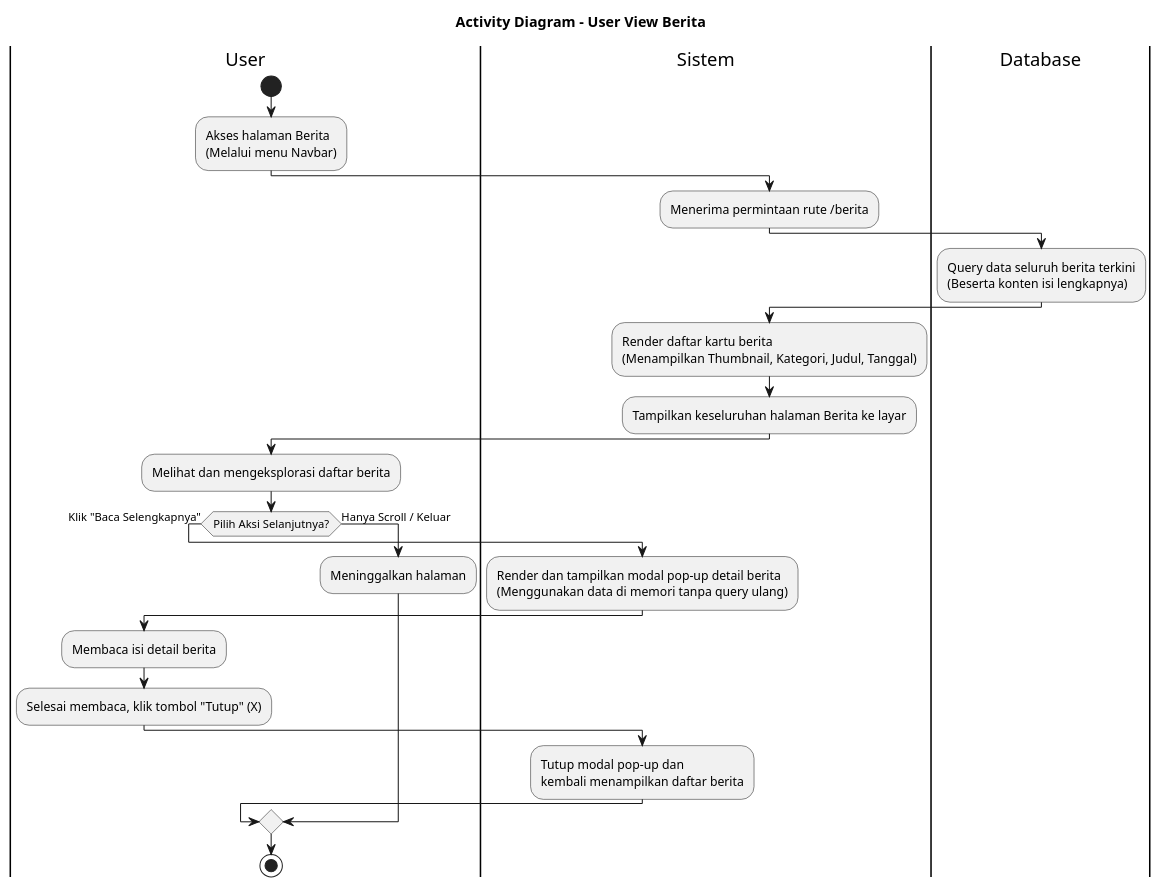
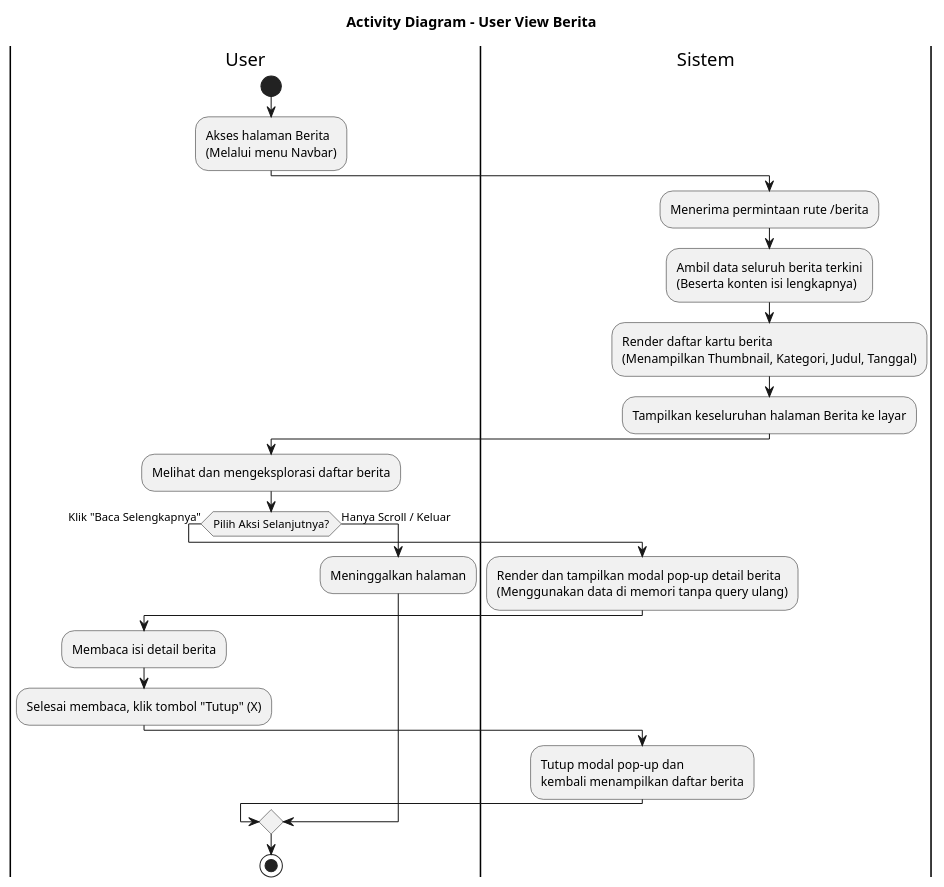
One commit to jaddu17/capstonepmikp changed the diagram in diagram/activitydiagram_user_view_berita.puml. Above: the diagram before and after it, drawn with PlantUML. The commit also changed 49 other files, not shown here.

```diff
--- a/diagram/activitydiagram_user_view_berita.puml
+++ b/diagram/activitydiagram_user_view_berita.puml
@@ -1,39 +1,35 @@
 @startuml ACTIVITY_DIAGRAM_USER_VIEW_BERITA
 title Activity Diagram - User View Berita
 
 |User|
 start
 :Akses halaman Berita\n(Melalui menu Navbar);
 
 |Sistem|
 :Menerima permintaan rute /berita;
-
-|Database|
-:Query data seluruh berita terkini\n(Beserta konten isi lengkapnya);
-
-|Sistem|
+:Ambil data seluruh berita terkini\n(Beserta konten isi lengkapnya);
 :Render daftar kartu berita\n(Menampilkan Thumbnail, Kategori, Judul, Tanggal);
 :Tampilkan keseluruhan halaman Berita ke layar;
 
 |User|
 :Melihat dan mengeksplorasi daftar berita;
 
 if (Pilih Aksi Selanjutnya?) then (Klik "Baca Selengkapnya")
   |Sistem|
   :Render dan tampilkan modal pop-up detail berita\n(Menggunakan data di memori tanpa query ulang);
   
   |User|
   :Membaca isi detail berita;
   :Selesai membaca, klik tombol "Tutup" (X);
   
   |Sistem|
   :Tutup modal pop-up dan\nkembali menampilkan daftar berita;
 else (Hanya Scroll / Keluar)
   |User|
   :Meninggalkan halaman;
 endif
 
 |User|
 stop
 
 @enduml
```
